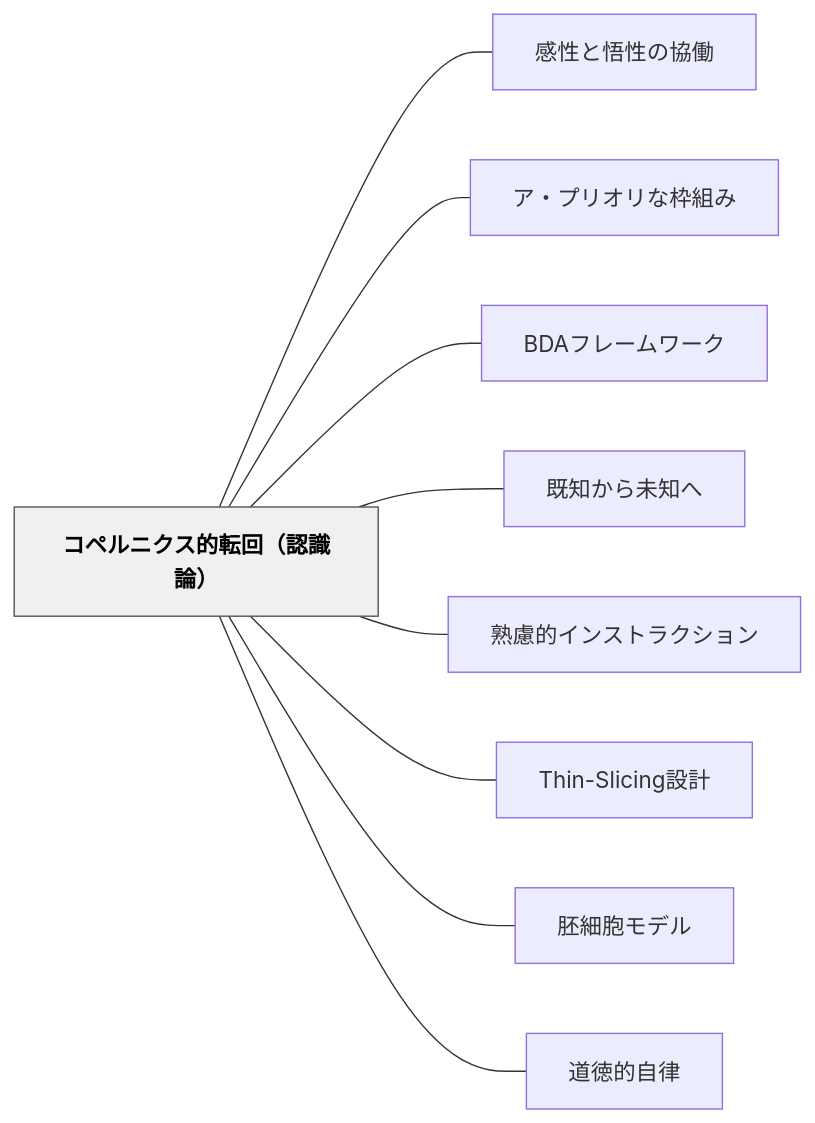
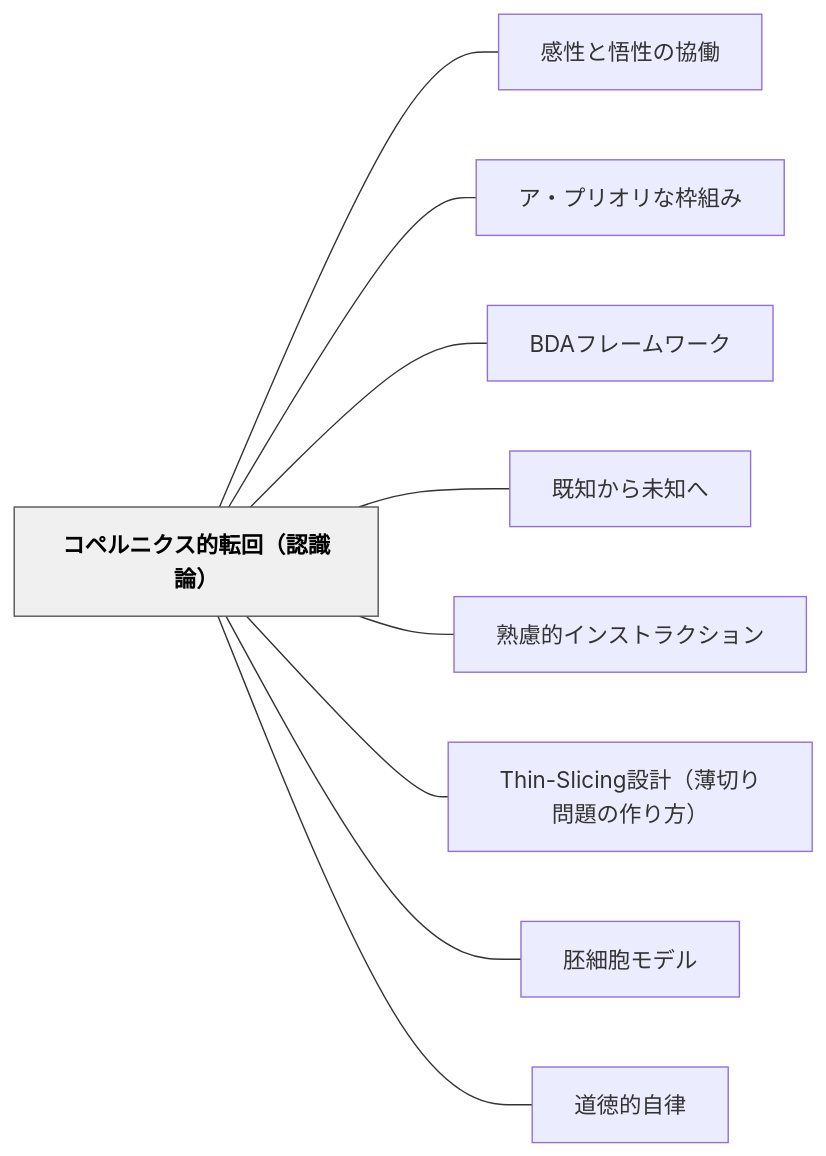
One commit to unknownthings-ed-patterns/unknownthings-ed-patterns changed the diagram in content/パタン/コペルニクス的転回（認識論）.md. Above: the diagram before and after it, drawn with Mermaid. The commit also changed other lines of this file and 1 other file, not shown here.

Commit message:
auto: Obsidianから同期 2026-05-29 21:41

````diff
--- a/content/パタン/コペルニクス的転回（認識論）.md
+++ b/content/パタン/コペルニクス的転回（認識論）.md
@@ -127,24 +127,24 @@
 ```mermaid
 flowchart LR
     ne382b3e3839ae383abe3838be382afe382b9e79a84e8bba2e59b9eefbc88e8aa8de8ad98e8ab96efbc89["コペルニクス的転回（認識論）"]
     ne6849fe680a7e381a8e6829fe680a7e381aee58d94e5838d["感性と悟性の協働"]
     ne382a2e383bbe38397e383aae382aae383aae381aae69ea0e7b584e381bf["ア・プリオリな枠組み"]
     n424441e38395e383ace383bce383a0e383afe383bce382af["BDAフレームワーク"]
     ne697a2e79fa5e3818be38289e69caae79fa5e381b8["既知から未知へ"]
     ne7869fe685aee79a84e382a4e383b3e382b9e38388e383a9e382afe382b7e383a7e383b3["熟慮的インストラクション"]
-    n5468696e2d536c6963696e67e8a8ade8a888["Thin-Slicing設計"]
+    n5468696e2d536c6963696e67e8a8ade8a888efbc88e89684e58887e3828ae5958fe9a18ce381aee4bd9ce3828ae696b9efbc89["Thin-Slicing設計（薄切り問題の作り方）"]
     ne8839ae7b4b0e8839ee383a2e38387e383ab["胚細胞モデル"]
     ne98193e5beb3e79a84e887aae5be8b["道徳的自律"]
 
     ne382b3e3839ae383abe3838be382afe382b9e79a84e8bba2e59b9eefbc88e8aa8de8ad98e8ab96efbc89 --- ne6849fe680a7e381a8e6829fe680a7e381aee58d94e5838d
     ne382b3e3839ae383abe3838be382afe382b9e79a84e8bba2e59b9eefbc88e8aa8de8ad98e8ab96efbc89 --- ne382a2e383bbe38397e383aae382aae383aae381aae69ea0e7b584e381bf
     ne382b3e3839ae383abe3838be382afe382b9e79a84e8bba2e59b9eefbc88e8aa8de8ad98e8ab96efbc89 --- n424441e38395e383ace383bce383a0e383afe383bce382af
     ne382b3e3839ae383abe3838be382afe382b9e79a84e8bba2e59b9eefbc88e8aa8de8ad98e8ab96efbc89 --- ne697a2e79fa5e3818be38289e69caae79fa5e381b8
     ne382b3e3839ae383abe3838be382afe382b9e79a84e8bba2e59b9eefbc88e8aa8de8ad98e8ab96efbc89 --- ne7869fe685aee79a84e382a4e383b3e382b9e38388e383a9e382afe382b7e383a7e383b3
-    ne382b3e3839ae383abe3838be382afe382b9e79a84e8bba2e59b9eefbc88e8aa8de8ad98e8ab96efbc89 --- n5468696e2d536c6963696e67e8a8ade8a888
+    ne382b3e3839ae383abe3838be382afe382b9e79a84e8bba2e59b9eefbc88e8aa8de8ad98e8ab96efbc89 --- n5468696e2d536c6963696e67e8a8ade8a888efbc88e89684e58887e3828ae5958fe9a18ce381aee4bd9ce3828ae696b9efbc89
     ne382b3e3839ae383abe3838be382afe382b9e79a84e8bba2e59b9eefbc88e8aa8de8ad98e8ab96efbc89 --- ne8839ae7b4b0e8839ee383a2e38387e383ab
     ne382b3e3839ae383abe3838be382afe382b9e79a84e8bba2e59b9eefbc88e8aa8de8ad98e8ab96efbc89 --- ne98193e5beb3e79a84e887aae5be8b
 
     classDef hub fill:#f0f0f0,stroke:#555,color:#000,font-weight:bold
     class ne382b3e3839ae383abe3838be382afe382b9e79a84e8bba2e59b9eefbc88e8aa8de8ad98e8ab96efbc89 hub
 ```
````
